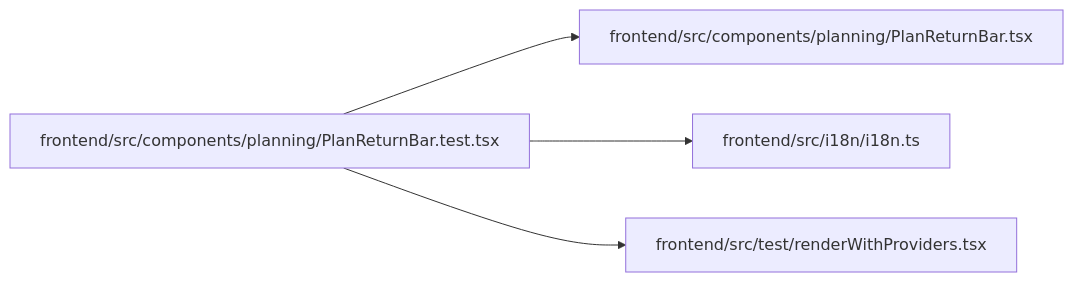
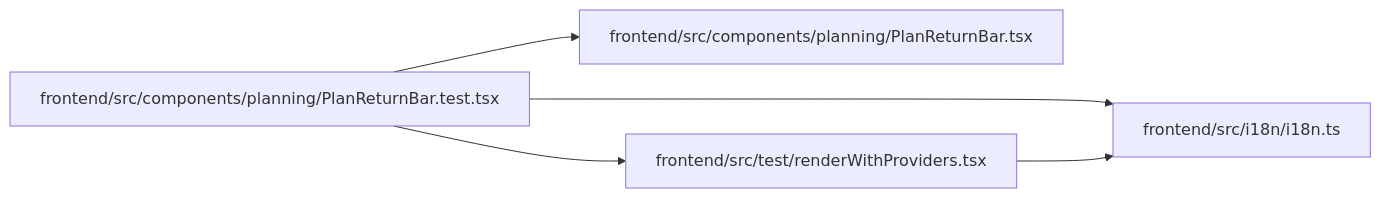
The diagram in docs/llm_wiki/modules/PlanReturnBar.test.md (Denissvgn/WorkChord), drawn with Mermaid before and after one commit. The commit also changed other lines of this file and 25171 other files, not shown here.

````diff
--- a/docs/llm_wiki/modules/PlanReturnBar.test.md
+++ b/docs/llm_wiki/modules/PlanReturnBar.test.md
@@ -28,14 +28,15 @@
 ```mermaid
 flowchart LR
     n0["frontend/src/components/planning/PlanReturnBar.test.tsx"]
     n1["frontend/src/components/planning/PlanReturnBar.tsx"]
     n2["frontend/src/i18n/i18n.ts"]
     n3["frontend/src/test/renderWithProviders.tsx"]
     n0 --> n1
     n0 --> n2
     n0 --> n3
+    n3 --> n2
     click n0 "../modules/PlanReturnBar.test.md"
     click n1 "../modules/PlanReturnBar.md"
     click n2 "../modules/i18n.md"
     click n3 "../modules/renderWithProviders.md"
 ```
````
